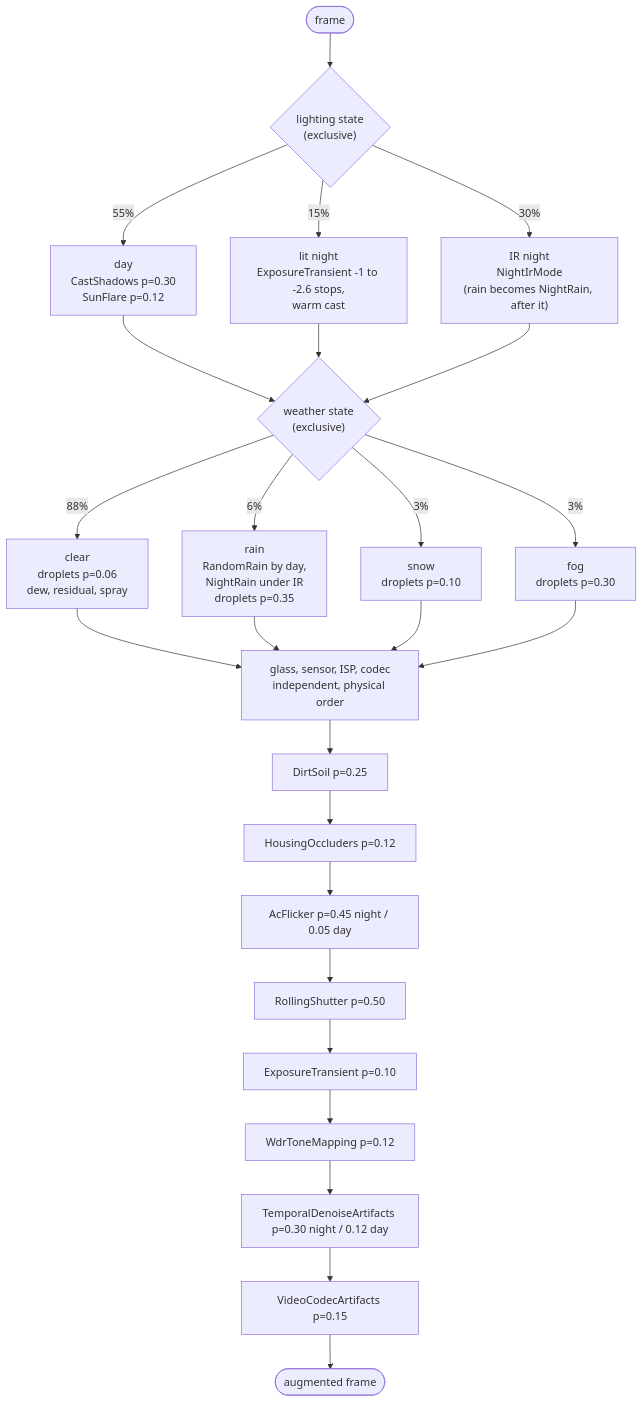
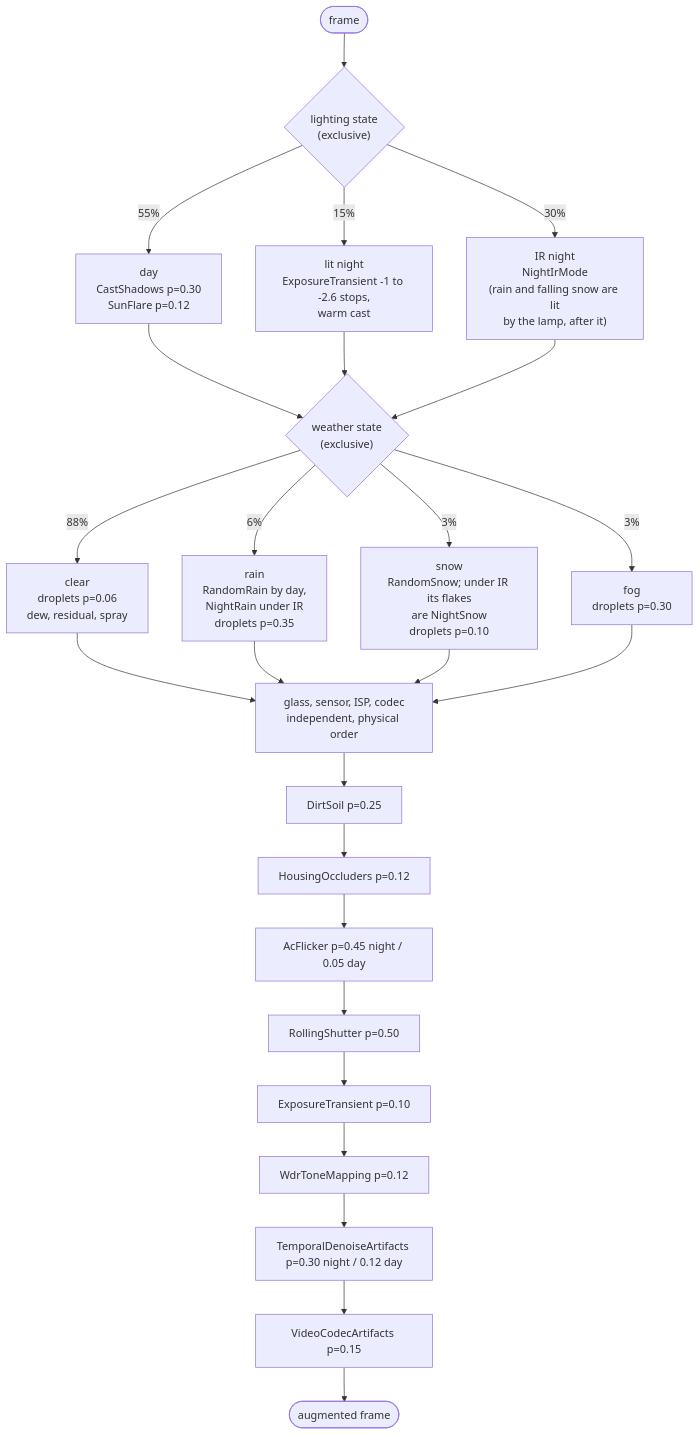
One commit to desmoteo/surmentations changed the diagram in docs/pipelines.md. Above: the diagram before and after it, drawn with Mermaid. The commit also changed other lines of this file and 6 other files, not shown here.

````diff
--- a/docs/pipelines.md
+++ b/docs/pipelines.md
@@ -107,27 +107,27 @@
 ```mermaid
 flowchart TD
     START([frame]) --> LIGHT{"lighting state<br/>(exclusive)"}
     LIGHT -->|55%| DAY["day<br/>CastShadows p=0.30<br/>SunFlare p=0.12"]
     LIGHT -->|15%| LIT["lit night<br/>ExposureTransient -1 to -2.6 stops,<br/>warm cast"]
-    LIGHT -->|30%| IR["IR night<br/>NightIrMode<br/>(rain becomes NightRain, after it)"]
+    LIGHT -->|30%| IR["IR night<br/>NightIrMode<br/>(rain and falling snow are lit<br/>by the lamp, after it)"]
     DAY --> W{"weather state<br/>(exclusive)"}
     LIT --> W
     IR --> W
     W -->|88%| CLEAR["clear<br/>droplets p=0.06<br/>dew, residual, spray"]
     W -->|6%| RAIN["rain<br/>RandomRain by day,<br/>NightRain under IR<br/>droplets p=0.35"]
-    W -->|3%| SNOW["snow<br/>droplets p=0.10"]
+    W -->|3%| SNOW["snow<br/>RandomSnow; under IR its flakes<br/>are NightSnow<br/>droplets p=0.10"]
     W -->|3%| FOG["fog<br/>droplets p=0.30"]
     CLEAR --> TAIL
     RAIN --> TAIL
     SNOW --> TAIL
     FOG --> TAIL
     TAIL["glass, sensor, ISP, codec<br/>independent, physical order"] --> T1["DirtSoil p=0.25"]
     T1 --> T2["HousingOccluders p=0.12"]
     T2 --> T3["AcFlicker p=0.45 night / 0.05 day"]
     T3 --> T4["RollingShutter p=0.50"]
     T4 --> T5["ExposureTransient p=0.10"]
     T5 --> T6["WdrToneMapping p=0.12"]
     T6 --> T7["TemporalDenoiseArtifacts p=0.30 night / 0.12 day"]
     T7 --> T8["VideoCodecArtifacts p=0.15"]
     T8 --> OUT([augmented frame])
 ```
````
